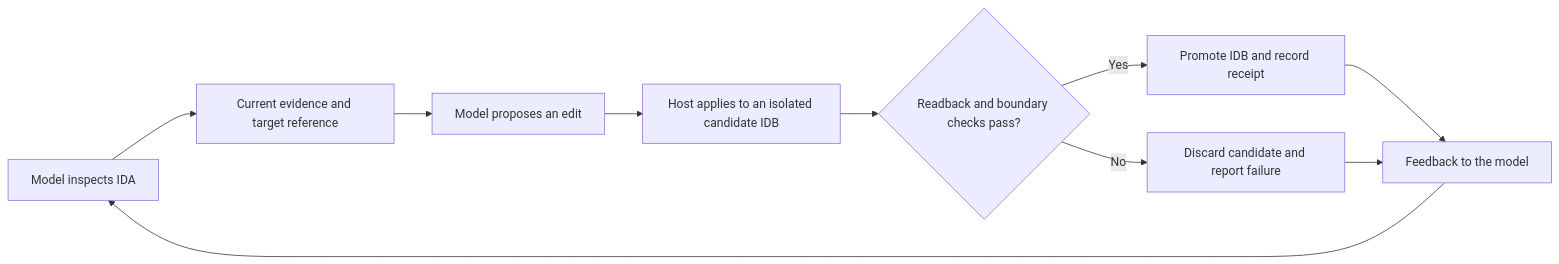
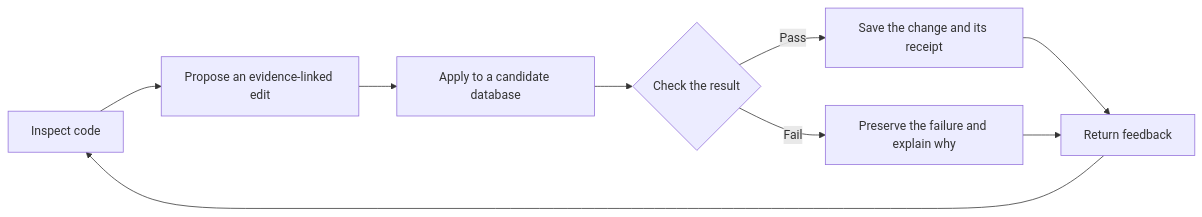
Before and after one commit to SentineLabs/verified-ida: the diagram in README.md, drawn with Mermaid. The commit also changed other lines of this file and 51 other files, not shown here.

First line of the commit message:
Prepare Verified IDA release candidate under MIT

````diff
--- a/README.md
+++ b/README.md
@@ -14,12 +23,11 @@
 ```mermaid
 flowchart LR
-    A[Model inspects IDA] --> B[Current evidence and target reference]
-    B --> C[Model proposes an edit]
-    C --> D[Host applies to an isolated candidate IDB]
-    D --> E{Readback and boundary checks pass?}
-    E -- Yes --> F[Promote IDB and record receipt]
-    E -- No --> G[Discard candidate and report failure]
-    F --> H[Feedback to the model]
-    G --> H
-    H --> A
+    A[Inspect code] --> B[Propose an evidence-linked edit]
+    B --> C[Apply to a candidate database]
+    C --> D{Check the result}
+    D -- Pass --> E[Save the change and its receipt]
+    D -- Fail --> F[Preserve the failure and explain why]
+    E --> G[Return feedback]
+    F --> G
+    G --> A
 ```
````
